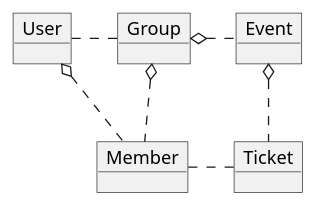
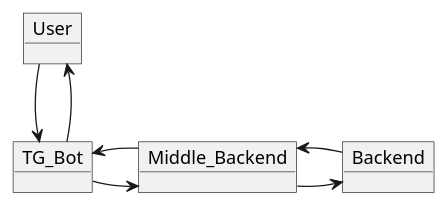
One commit to gpb-it-factory/bocharov-telegram-bot changed the diagram in README.md. Above: the diagram before and after it, drawn with PlantUML. The commit also changed other lines of this file and 1 other file, not shown here.

Commit message:
Задание 2: обновил pluntuml

````diff
--- a/README.md
+++ b/README.md
@@ -9,20 +9,15 @@
 ```plantuml
-@startuml firstDiagram
+@startuml
+object User
+object TG_Bot
+object Middle_Backend
+object Backend
 
-object User
-object Group
-object Member
-
-object Event
-object Ticket
-
-User . Group
-User o.. Member
-Group o.. Member
-
-Group o. Event
-Event o.. Ticket
-Member . Ticket
-
+User --> TG_Bot
+TG_Bot -> Middle_Backend
+Middle_Backend -> Backend
+Backend -> Middle_Backend
+TG_Bot <- Middle_Backend
+User <-- TG_Bot
 @enduml
 ```
````
